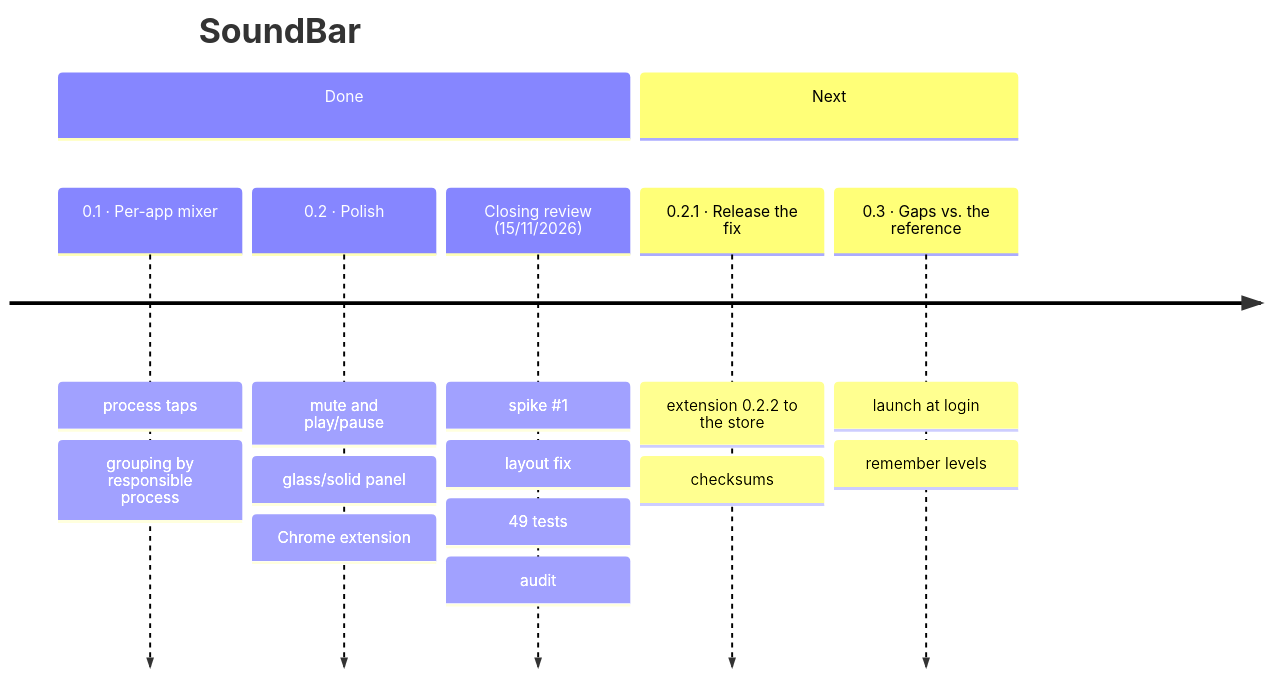
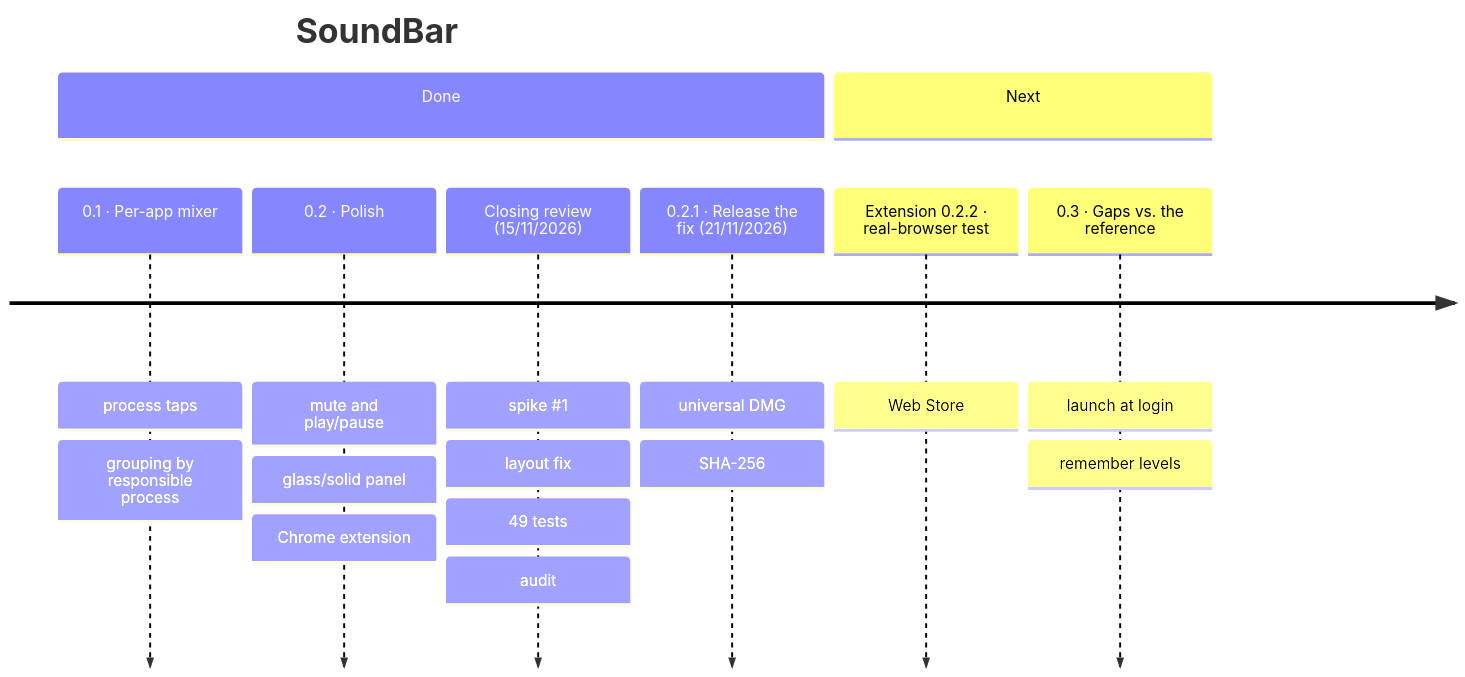
The diagram in HANDOFF.md (malenitaa/soundbar), drawn with Mermaid before and after one commit. The commit also changed other lines of this file and 1 other file, not shown here.

````diff
--- a/HANDOFF.md
+++ b/HANDOFF.md
@@ -9,11 +9,12 @@
 ```mermaid
 timeline
     title SoundBar
     section Done
         0.1 · Per-app mixer : process taps : grouping by responsible process
         0.2 · Polish : mute and play/pause : glass/solid panel : Chrome extension
         Closing review (15/11/2026) : spike #1 : layout fix : 49 tests : audit
+        0.2.1 · Release the fix (21/11/2026) : universal DMG : SHA-256
     section Next
-        0.2.1 · Release the fix : extension 0.2.2 to the store : checksums
+        Extension 0.2.2 · real-browser test : Web Store
         0.3 · Gaps vs. the reference : launch at login : remember levels
 ```
````
